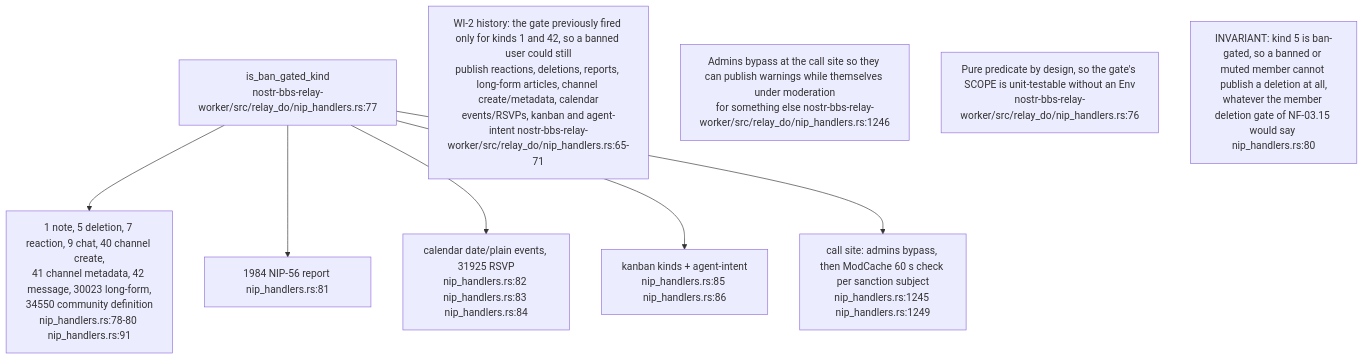
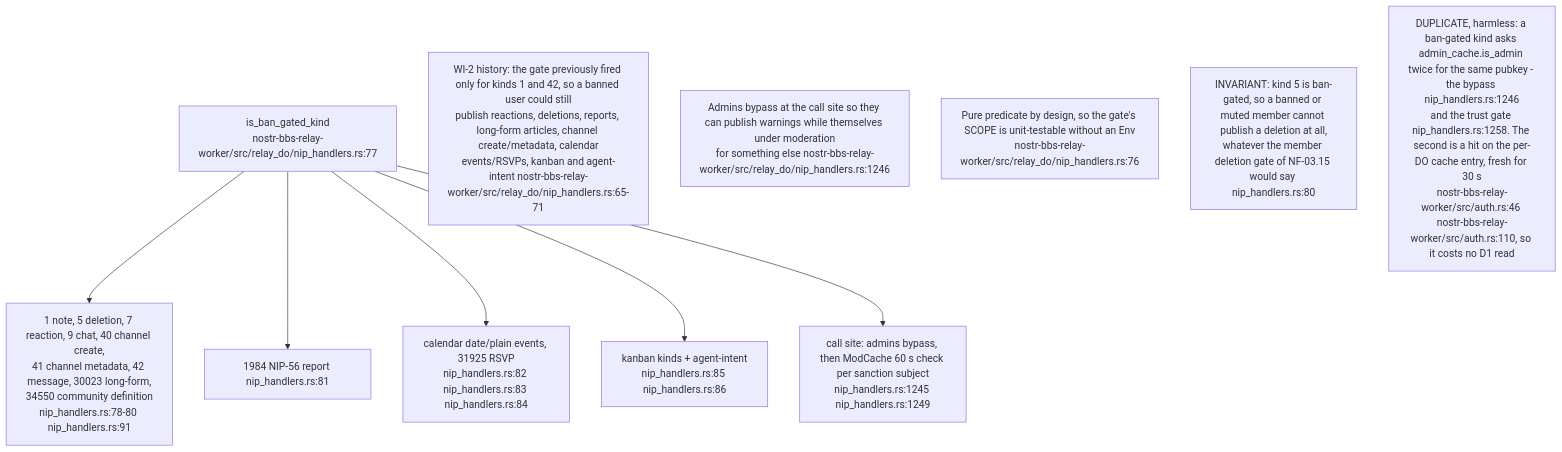
Before and after one commit to DreamLab-AI/VisionFlow: the sixth of 16 diagrams in docs/diagrams/nostr-rust-forum/03-relay-worker-admission-auth-and-trust.md, drawn with Mermaid. The commit also changed other lines of this file and 13 other files, not shown here.

First line of the commit message:
diagrams(nostr-rust-forum): fold the last kit-only diagram content into the corpus

````diff
--- a/docs/diagrams/nostr-rust-forum/03-relay-worker-admission-auth-and-trust.md
+++ b/docs/diagrams/nostr-rust-forum/03-relay-worker-admission-auth-and-trust.md
@@ -201,17 +202,18 @@
 ```mermaid
 flowchart TB
     GATE["is_ban_gated_kind<br/>nostr-bbs-relay-worker/src/relay_do/nip_handlers.rs:77"]
     LIT["1 note, 5 deletion, 7 reaction, 9 chat, 40 channel create,<br/>41 channel metadata, 42 message, 30023 long-form,<br/>34550 community definition<br/>nip_handlers.rs:78-80 nip_handlers.rs:91"]
     REP["1984 NIP-56 report nip_handlers.rs:81"]
     CAL["calendar date/plain events, 31925 RSVP<br/>nip_handlers.rs:82 nip_handlers.rs:83 nip_handlers.rs:84"]
     KAN["kanban kinds + agent-intent<br/>nip_handlers.rs:85 nip_handlers.rs:86"]
     CALL["call site: admins bypass, then ModCache 60 s check per sanction subject<br/>nip_handlers.rs:1245 nip_handlers.rs:1249"]
 
     GATE --> LIT & REP & CAL & KAN
     GATE --> CALL
 
     N1["WI-2 history: the gate previously fired only for kinds 1 and 42, so a banned user could still<br/>publish reactions, deletions, reports, long-form articles, channel create/metadata, calendar<br/>events/RSVPs, kanban and agent-intent nostr-bbs-relay-worker/src/relay_do/nip_handlers.rs:65-71"]
     N2["Admins bypass at the call site so they can publish warnings while themselves under moderation<br/>for something else nostr-bbs-relay-worker/src/relay_do/nip_handlers.rs:1246"]
     N3["Pure predicate by design, so the gate's SCOPE is unit-testable without an Env<br/>nostr-bbs-relay-worker/src/relay_do/nip_handlers.rs:76"]
     N4["INVARIANT: kind 5 is ban-gated, so a banned or muted member cannot publish a deletion at all,<br/>whatever the member deletion gate of NF-03.15 would say nip_handlers.rs:80"]
+    N5["DUPLICATE, harmless: a ban-gated kind asks admin_cache.is_admin twice for the same pubkey - the bypass nip_handlers.rs:1246<br/>and the trust gate nip_handlers.rs:1258. The second is a hit on the per-DO cache entry, fresh for 30 s<br/>nostr-bbs-relay-worker/src/auth.rs:46 nostr-bbs-relay-worker/src/auth.rs:110, so it costs no D1 read"]
 ```
````
